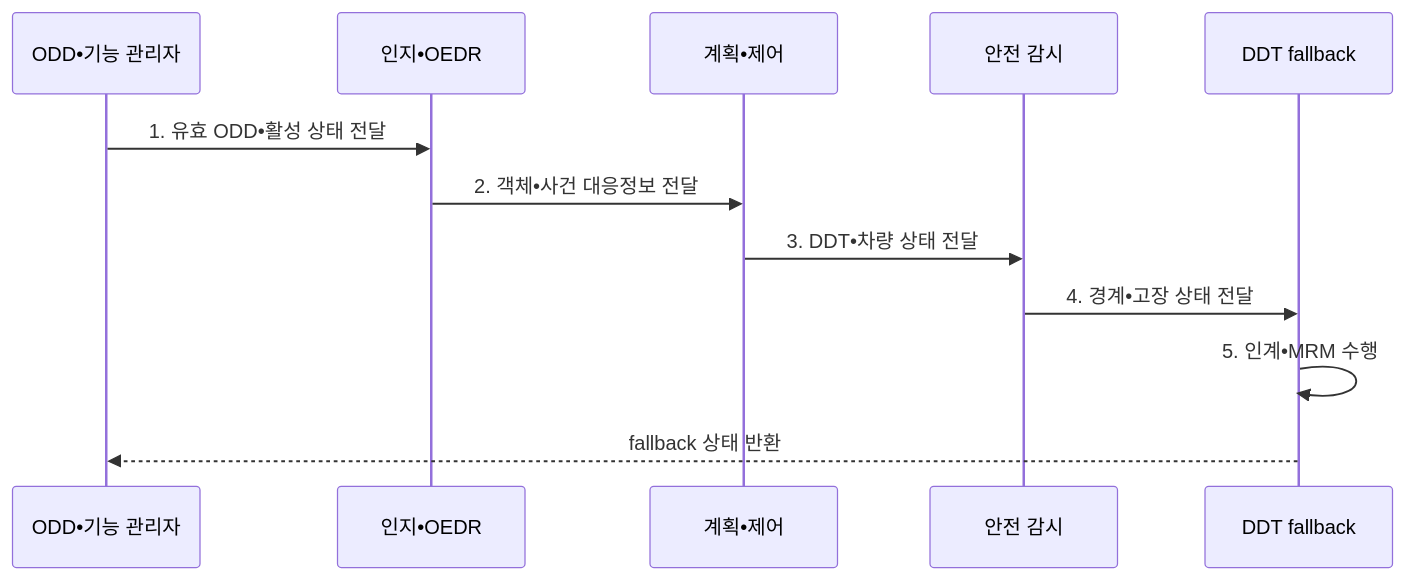
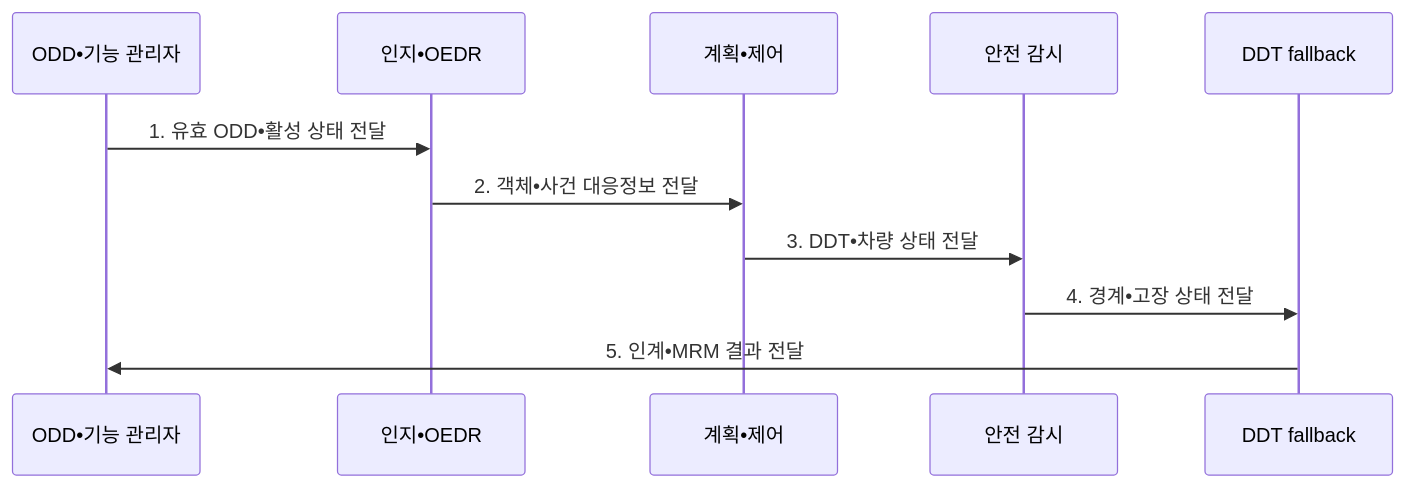
Before and after one commit to agnusdei1207/knowledge-base: the second of 2 diagrams in src/content/docs/notes/08-latest-tech/209_ads_automated_driving_system.md, drawn with Mermaid. The commit also changed other lines of this file and 20 other files, not shown here.

````diff
--- a/src/content/docs/notes/08-latest-tech/209_ads_automated_driving_system.md
+++ b/src/content/docs/notes/08-latest-tech/209_ads_automated_driving_system.md
@@ -104,14 +104,13 @@
 ```mermaid
 sequenceDiagram
     participant O as ODD•기능 관리자
     participant P as 인지•OEDR
     participant C as 계획•제어
     participant S as 안전 감시
     participant F as DDT fallback
     O->>P: 1. 유효 ODD•활성 상태 전달
     P->>C: 2. 객체•사건 대응정보 전달
     C->>S: 3. DDT•차량 상태 전달
     S->>F: 4. 경계•고장 상태 전달
-    F->>F: 5. 인계•MRM 수행
-    F-->>O: fallback 상태 반환
+    F->>O: 5. 인계•MRM 결과 전달
 ```
````
